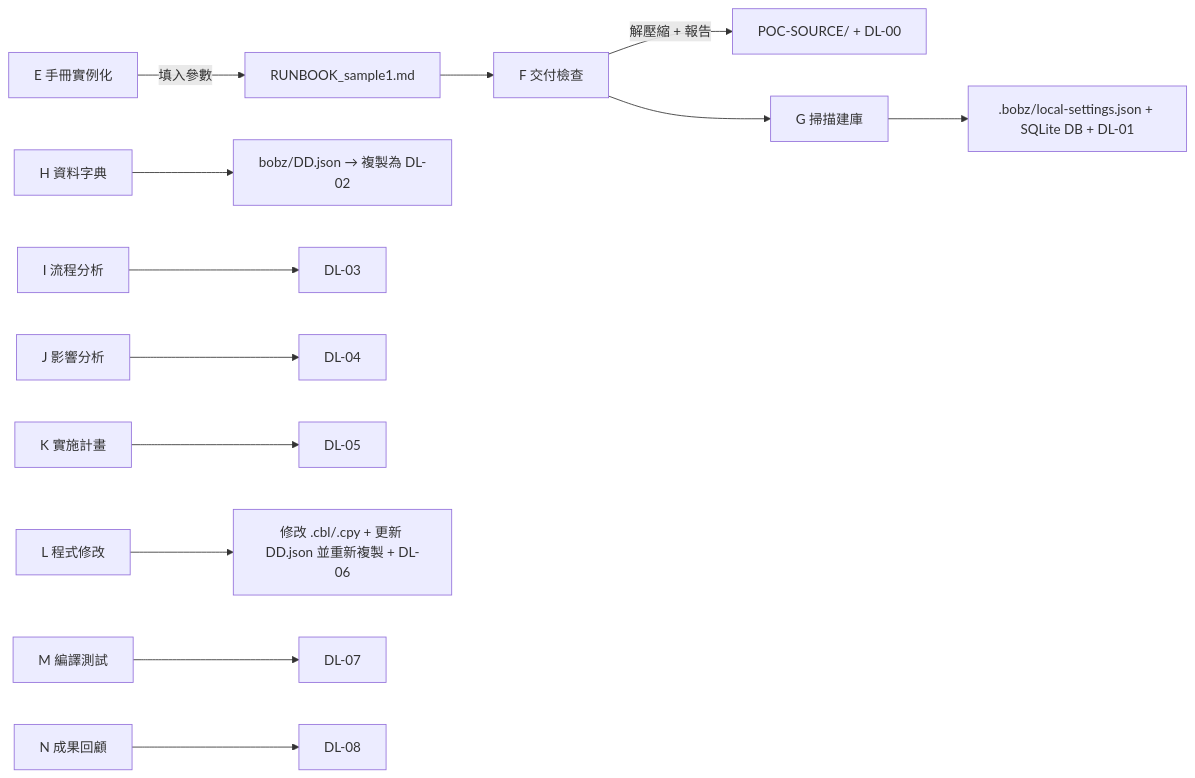
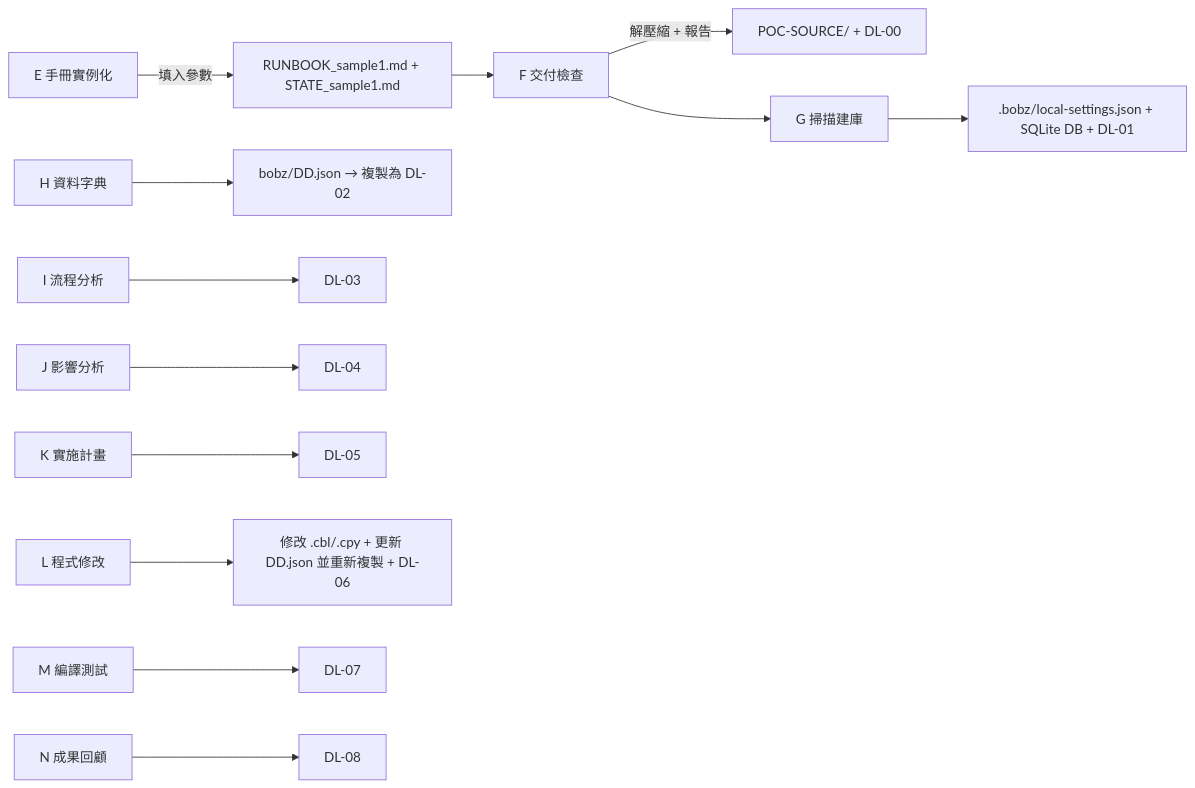
The diagram in README.md (elton0214/Bob-PPZ_POC), drawn with Mermaid before and after one commit. The commit also changed other lines of this file and 3 other files, not shown here.

````diff
--- a/README.md
+++ b/README.md
@@ -111,15 +114,15 @@
 ```mermaid
 flowchart LR
-    E[E 手冊實例化] -->|填入參數| OP[RUNBOOK_sample1.md]
+    E[E 手冊實例化] -->|填入參數| OP[RUNBOOK_sample1.md + STATE_sample1.md]
     OP --> F[F 交付檢查]
     F -->|解壓縮 + 報告| P[POC-SOURCE/ + DL-00]
     F --> G[G 掃描建庫]
     G --> S[.bobz/local-settings.json + SQLite DB + DL-01]
     H[H 資料字典] --> D[bobz/DD.json → 複製為 DL-02]
     I[I 流程分析] --> D3[DL-03]
     J[J 影響分析] --> D4[DL-04]
     K[K 實施計畫] --> D5[DL-05]
     L[L 程式修改] --> M[修改 .cbl/.cpy + 更新 DD.json 並重新複製 + DL-06]
     M2[M 編譯測試] --> D7[DL-07]
     N[N 成果回顧] --> D8[DL-08]
 ```
````
